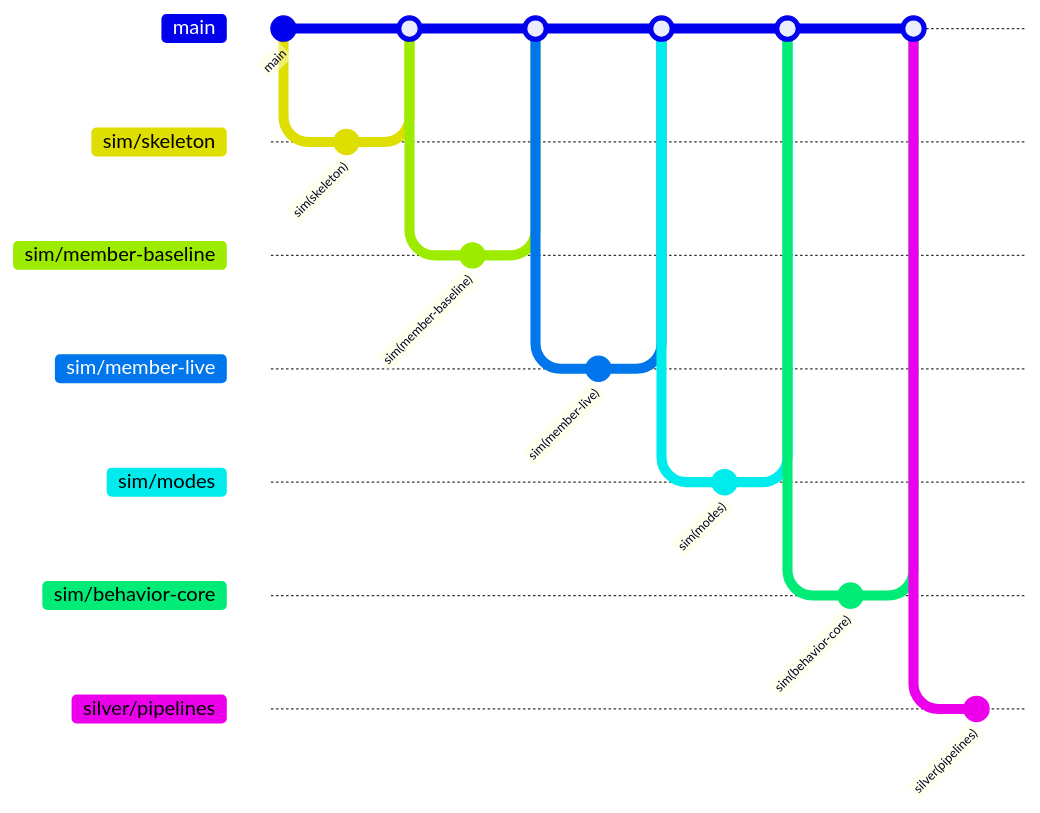
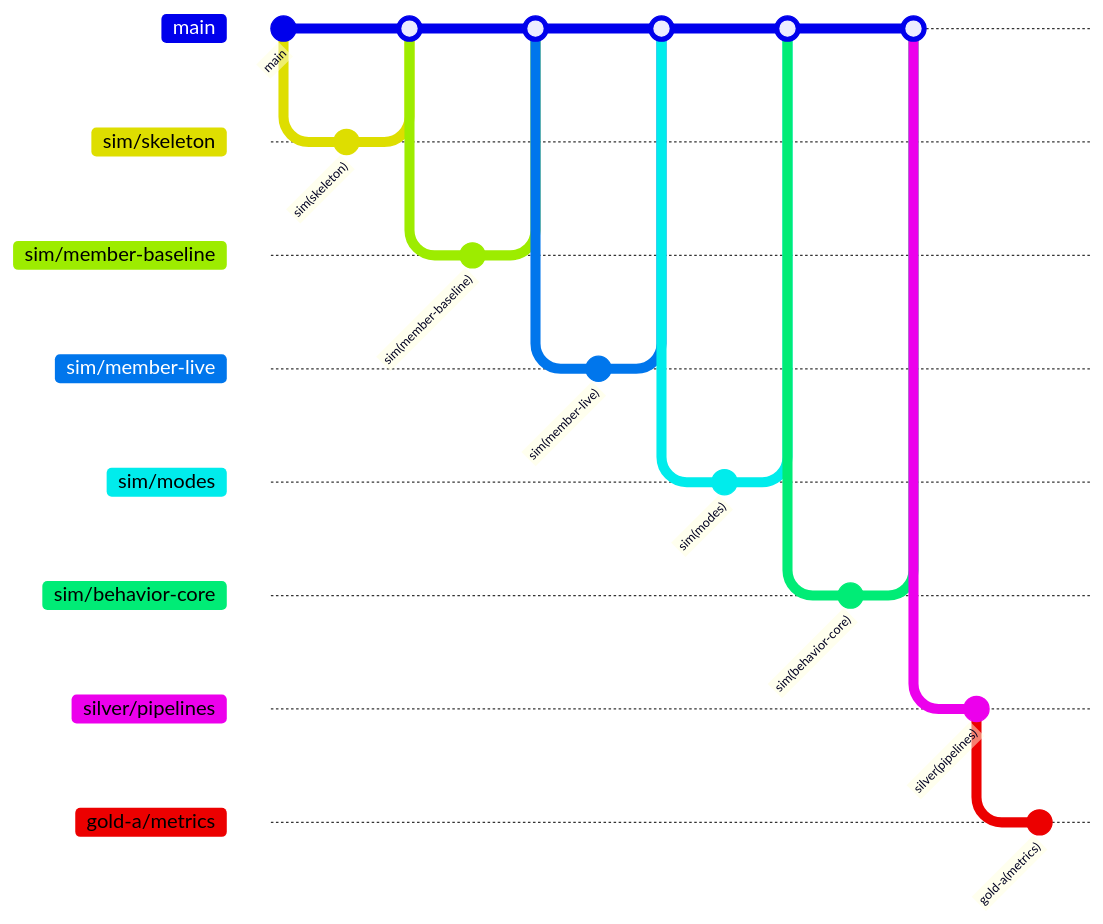
One commit to josiah113366-sketch/clothes-query changed the diagram in docs/BRANCHES.md. Above: the diagram before and after it, drawn with Mermaid. The commit also changed other lines of this file and 7 other files, not shown here.

Commit message:
gold-a(metrics): Silver 대표 결과와 품질 검사 연결

````diff
--- a/docs/BRANCHES.md
+++ b/docs/BRANCHES.md
@@ -35,26 +35,28 @@
 ```mermaid
 gitGraph
   commit id: "main"
   branch sim/skeleton
   commit id: "sim(skeleton)"
   checkout main
   merge sim/skeleton
   branch sim/member-baseline
   commit id: "sim(member-baseline)"
   checkout main
   merge sim/member-baseline
   branch sim/member-live
   commit id: "sim(member-live)"
   checkout main
   merge sim/member-live
   branch sim/modes
   commit id: "sim(modes)"
   checkout main
   merge sim/modes
   branch sim/behavior-core
   commit id: "sim(behavior-core)"
   checkout main
   merge sim/behavior-core
   branch silver/pipelines
   commit id: "silver(pipelines)"
+  branch gold-a/metrics
+  commit id: "gold-a(metrics)"
 ```
````
